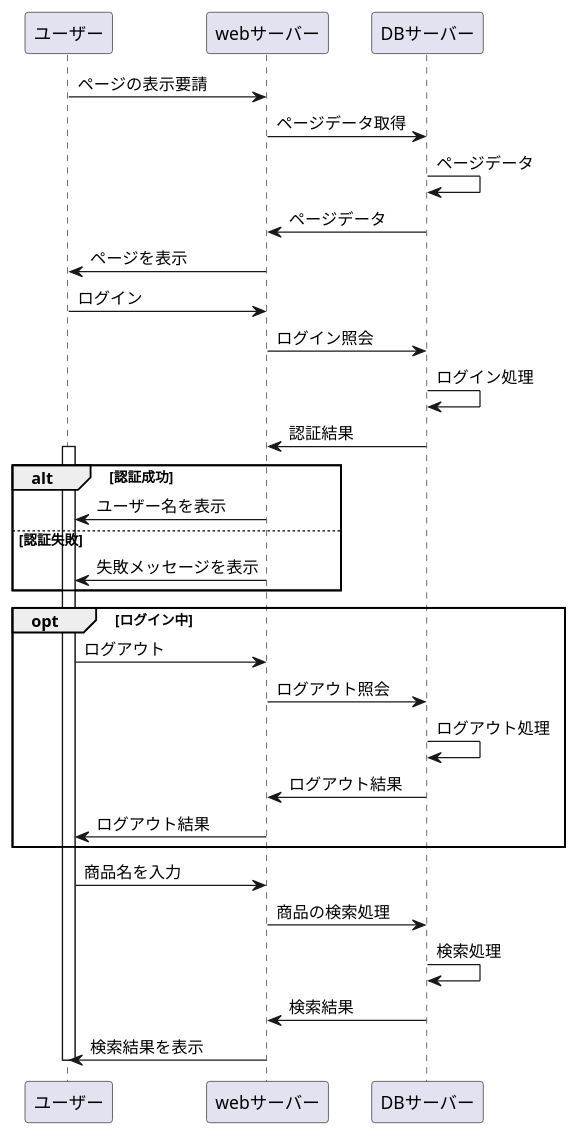
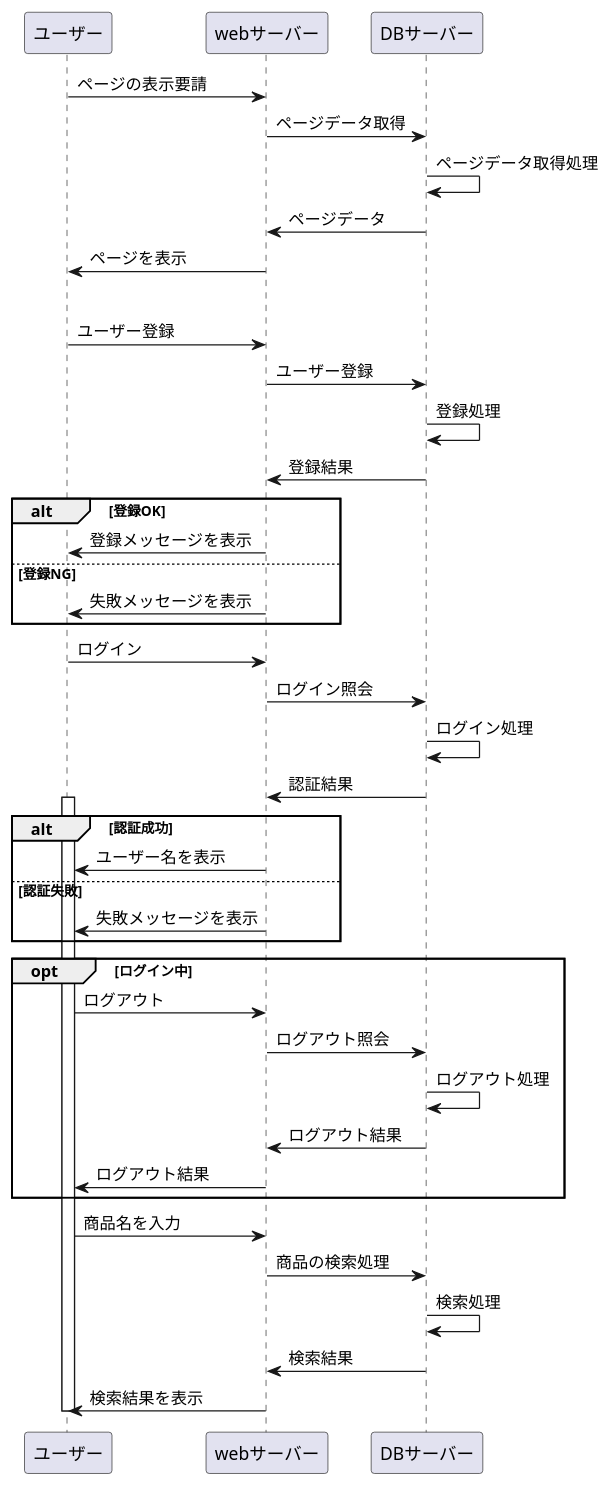
One commit to Aso2001019/2021sys-design changed the diagram in kadai8.md. Above: the diagram before and after it, drawn with PlantUML.

````diff
--- a/kadai8.md
+++ b/kadai8.md
@@ -1,42 +1,59 @@
 ```uml
 @startuml
 ユーザー -> webサーバー : ページの表示要請
 webサーバー -> DBサーバー : ページデータ取得
-DBサーバー -> DBサーバー : ページデータ
+DBサーバー -> DBサーバー : ページデータ取得処理
 DBサーバー -> webサーバー : ページデータ
 webサーバー -> ユーザー : ページを表示
+
+opt 未登録
+
+ユーザー -> webサーバー : ユーザー登録
+webサーバー -> DBサーバー : ユーザー登録
+DBサーバー -> DBサーバー : 登録処理
+DBサーバー -> webサーバー : 登録結果
+
+alt 登録OK
+webサーバー -> ユーザー : 登録メッセージを表示
+
+else 登録NG
+webサーバー -> ユーザー : 失敗メッセージを表示
+
+
+
+end
 
 ユーザー -> webサーバー : ログイン
 webサーバー -> DBサーバー : ログイン照会
 DBサーバー -> DBサーバー : ログイン処理
 DBサーバー -> webサーバー : 認証結果
 
 activate ユーザー
 
 alt 認証成功
 webサーバー -> ユーザー : ユーザー名を表示
 
 else 認証失敗
 webサーバー -> ユーザー : 失敗メッセージを表示
 
 end
 
 opt ログイン中
 
 ユーザー -> webサーバー : ログアウト
 webサーバー -> DBサーバー : ログアウト照会
 DBサーバー -> DBサーバー : ログアウト処理
 DBサーバー -> webサーバー : ログアウト結果
 webサーバー -> ユーザー : ログアウト結果
 
 end
 
 ユーザー -> webサーバー : 商品名を入力
 webサーバー -> DBサーバー : 商品の検索処理
 DBサーバー -> DBサーバー : 検索処理
 DBサーバー -> webサーバー : 検索結果
 webサーバー -> ユーザー : 検索結果を表示
 
 deactivate ユーザー
 @enduml
 ```
````
